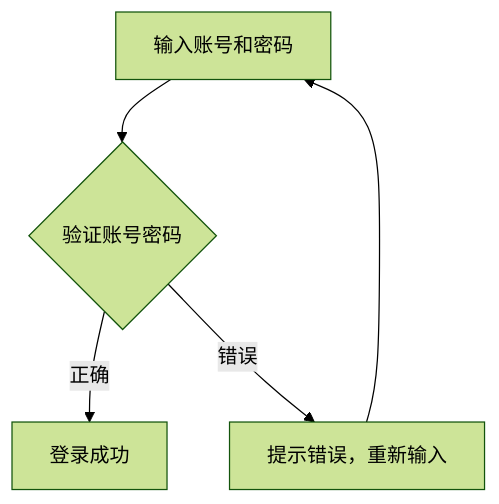
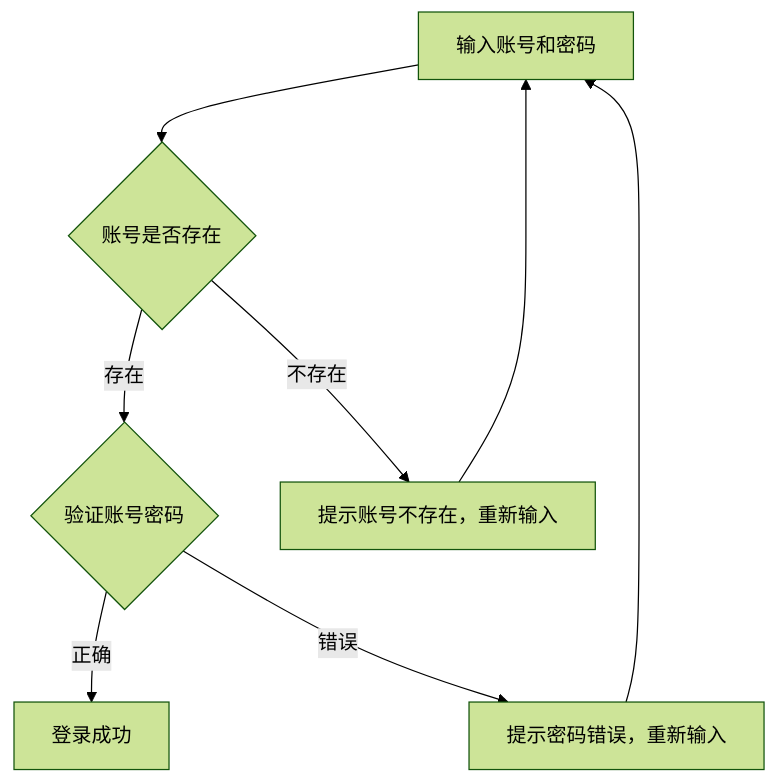
Before and after one commit to 123shuhai/iodraw-files: the diagram in all/未命名.md, drawn with Mermaid (forest theme).

Commit message:
2025-05-06 16:10:19 update

````diff
--- a/all/未命名.md
+++ b/all/未命名.md
@@ -1,7 +1,10 @@
 ```mermaid
 graph TD
-    A[输入账号和密码] --> B{验证账号密码}
-    B -->|正确| C[登录成功]
-    B -->|错误| D[提示错误，重新输入]
+    A[输入账号和密码] --> B{账号是否存在}
+    B -->|存在| C{验证账号密码}
+    B -->|不存在| D[提示账号不存在，重新输入]
     D --> A
+    C -->|正确| E[登录成功]
+    C -->|错误| F[提示密码错误，重新输入]
+    F --> A    
 ```
````
